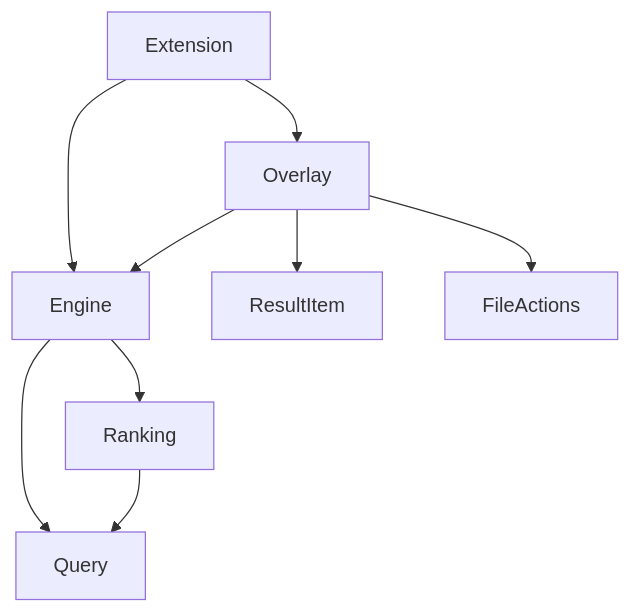
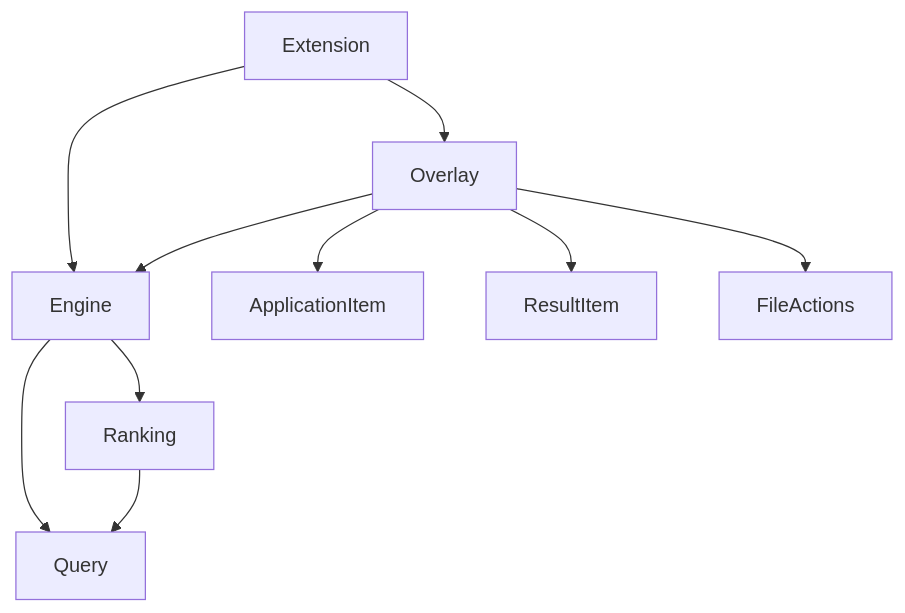
Before and after one commit to dmitrykalinin5/search_everything_lightly: the first of 4 diagrams in .reposkillopt/specs/repository-specification.md, drawn with Mermaid. The commit also changed other lines of this file and 47 other files, not shown here.

````diff
--- a/.reposkillopt/specs/repository-specification.md
+++ b/.reposkillopt/specs/repository-specification.md
@@ -106,11 +110,12 @@
 ```mermaid
 graph TD
     Extension --> Overlay
     Extension --> Engine
+    Overlay --> ApplicationItem
     Overlay --> ResultItem
     Overlay --> FileActions
     Overlay --> Engine
     Engine --> Query
     Engine --> Ranking
     Ranking --> Query
 ```
````
